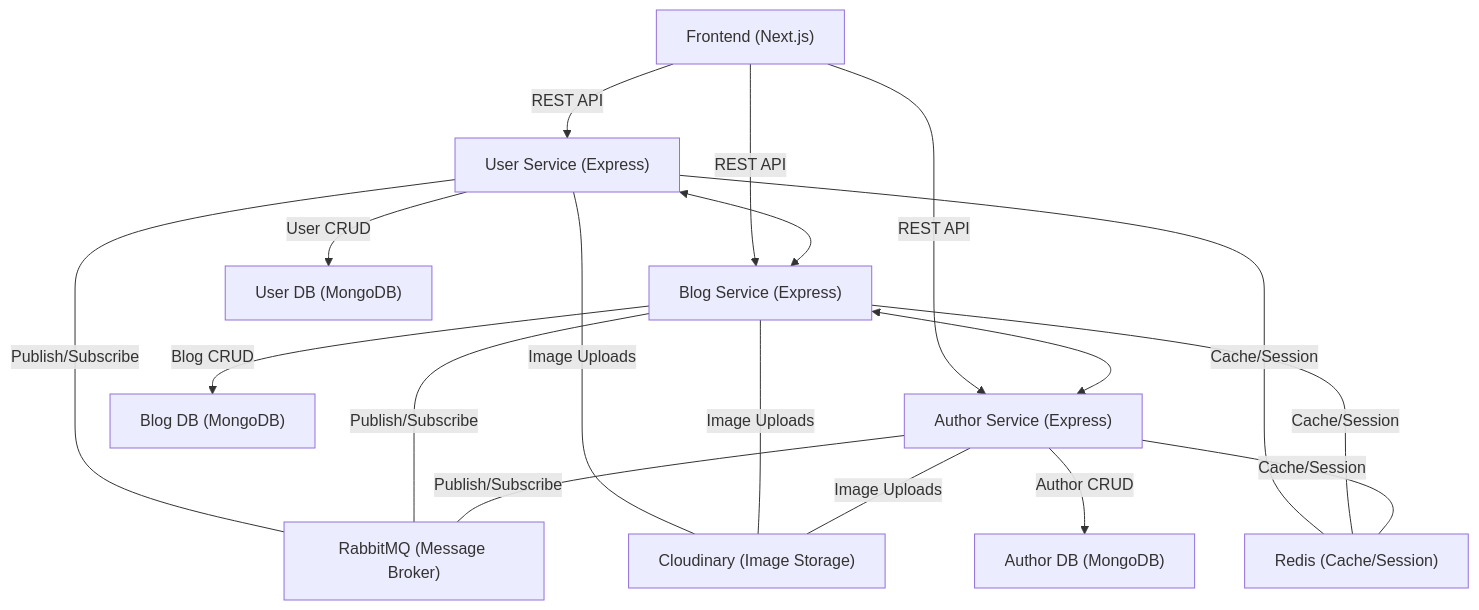
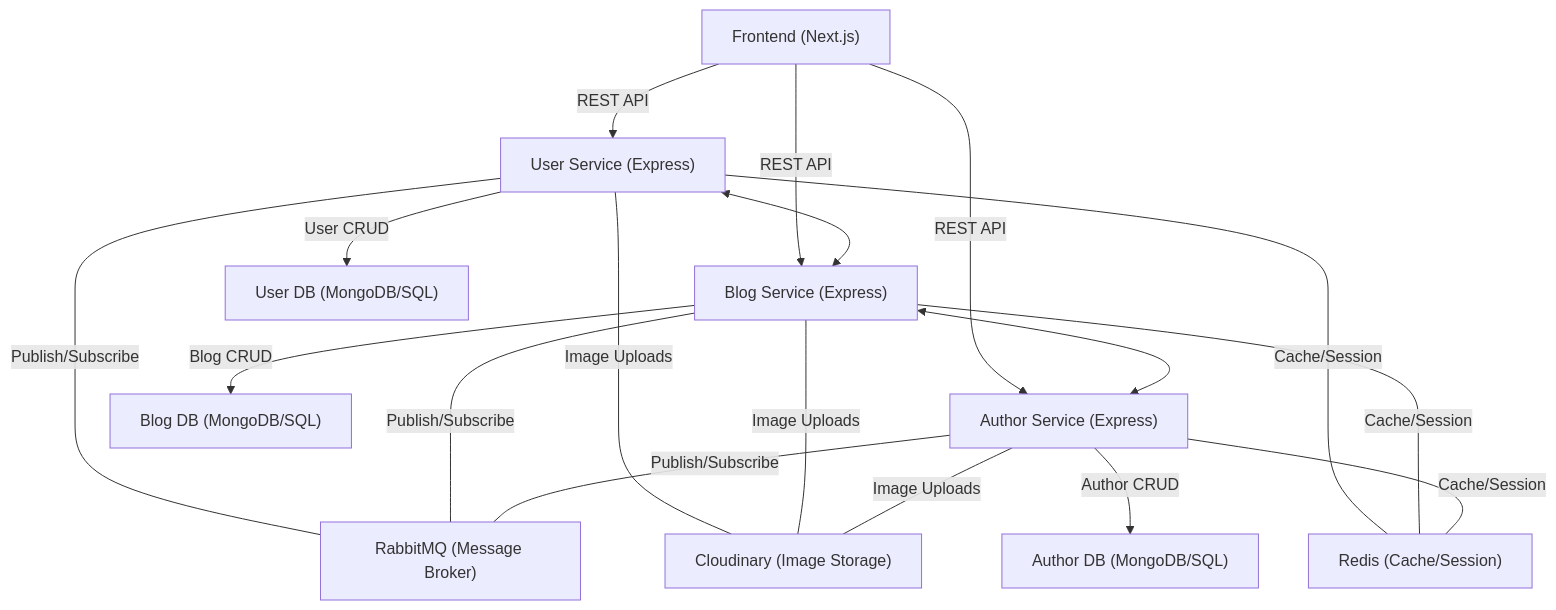
Before and after one commit to optimus-prime-01/Tech-Press: the diagram in README.md, drawn with Mermaid. The commit also changed other lines of this file, not shown here.

````diff
--- a/README.md
+++ b/README.md
@@ -9,36 +84,36 @@
 ```mermaid
 flowchart TD
   FE1["Frontend (Next.js)"]
   US1["User Service (Express)"]
   BS1["Blog Service (Express)"]
   AS1["Author Service (Express)"]
-  DBU["User DB (MongoDB)"]
-  DBB["Blog DB (MongoDB)"]
-  DBA["Author DB (MongoDB)"]
+  DBU["User DB (MongoDB/SQL)"]
+  DBB["Blog DB (MongoDB/SQL)"]
+  DBA["Author DB (MongoDB/SQL)"]
   REDIS["Redis (Cache/Session)"]
   MQ["RabbitMQ (Message Broker)"]
   CLOUD["Cloudinary (Image Storage)"]
 
   FE1 -- "REST API" --> US1
   FE1 -- "REST API" --> BS1
   FE1 -- "REST API" --> AS1
 
   US1 -- "User CRUD" --> DBU
   BS1 -- "Blog CRUD" --> DBB
   AS1 -- "Author CRUD" --> DBA
 
   US1 <--> BS1
   BS1 <--> AS1
 
   US1 -- "Cache/Session" --- REDIS
   BS1 -- "Cache/Session" --- REDIS
   AS1 -- "Cache/Session" --- REDIS
 
   US1 -- "Image Uploads" --- CLOUD
   BS1 -- "Image Uploads" --- CLOUD
   AS1 -- "Image Uploads" --- CLOUD
 
   US1 -- "Publish/Subscribe" --- MQ
   BS1 -- "Publish/Subscribe" --- MQ
   AS1 -- "Publish/Subscribe" --- MQ
 ```
````
